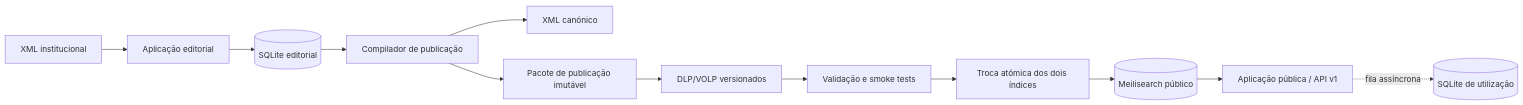
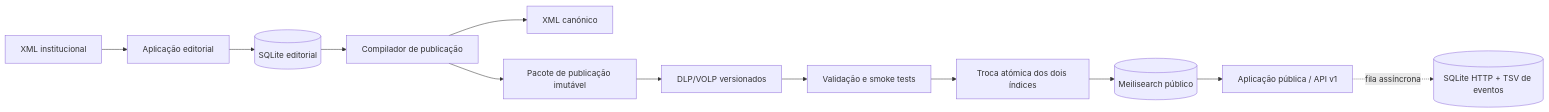
One commit to joaopgcoelho15/acl-dicionario-vocabulario changed the diagram in docs/ARCHITECTURE.md. Above: the diagram before and after it, drawn with Mermaid. The commit also changed other lines of this file and 15 other files, not shown here.

````diff
--- a/docs/ARCHITECTURE.md
+++ b/docs/ARCHITECTURE.md
@@ -5,14 +5,14 @@
 ```mermaid
 flowchart LR
     XML["XML institucional"] --> EDITOR["Aplicação editorial"]
     EDITOR --> EDB[("SQLite editorial")]
     EDB --> COMPILER["Compilador de publicação"]
     COMPILER --> CANON["XML canónico"]
     COMPILER --> PACKAGE["Pacote de publicação imutável"]
     PACKAGE --> TEMP["DLP/VOLP versionados"]
     TEMP --> SMOKE["Validação e smoke tests"]
     SMOKE --> SWAP["Troca atómica dos dois índices"]
     SWAP --> MEILI[("Meilisearch público")]
     MEILI --> PUBLIC["Aplicação pública / API v1"]
-    PUBLIC -. "fila assíncrona" .-> LOG[("SQLite de utilização")]
+    PUBLIC -. "fila assíncrona" .-> LOG[("SQLite HTTP + TSV de eventos")]
 ```
````
